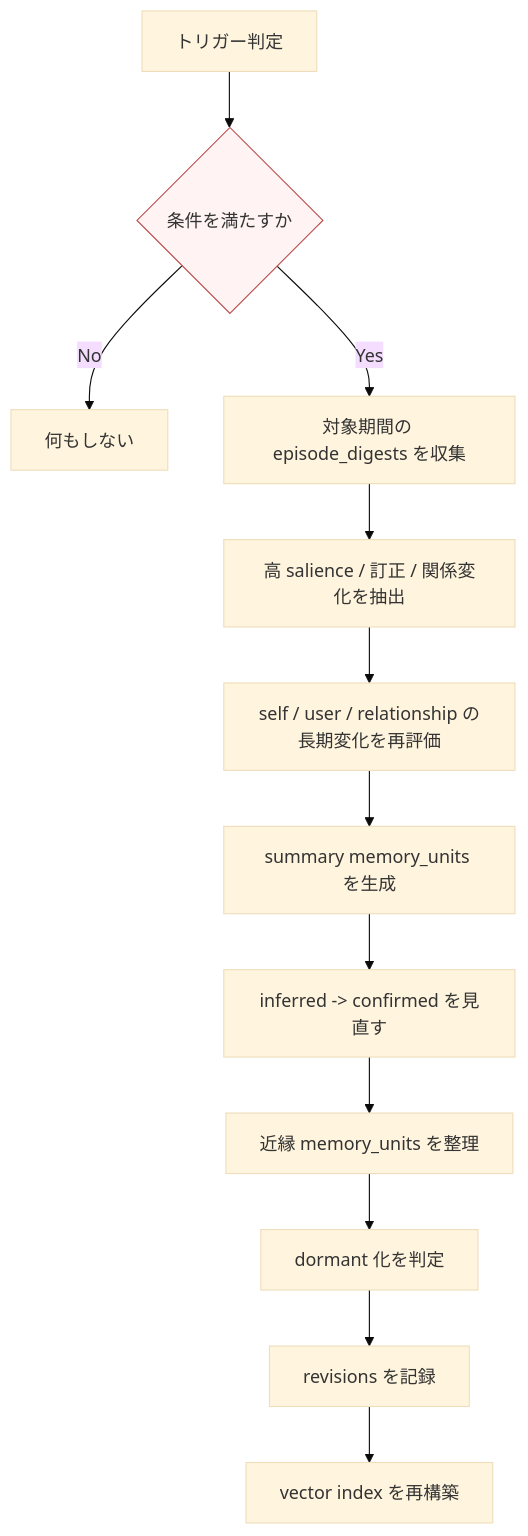
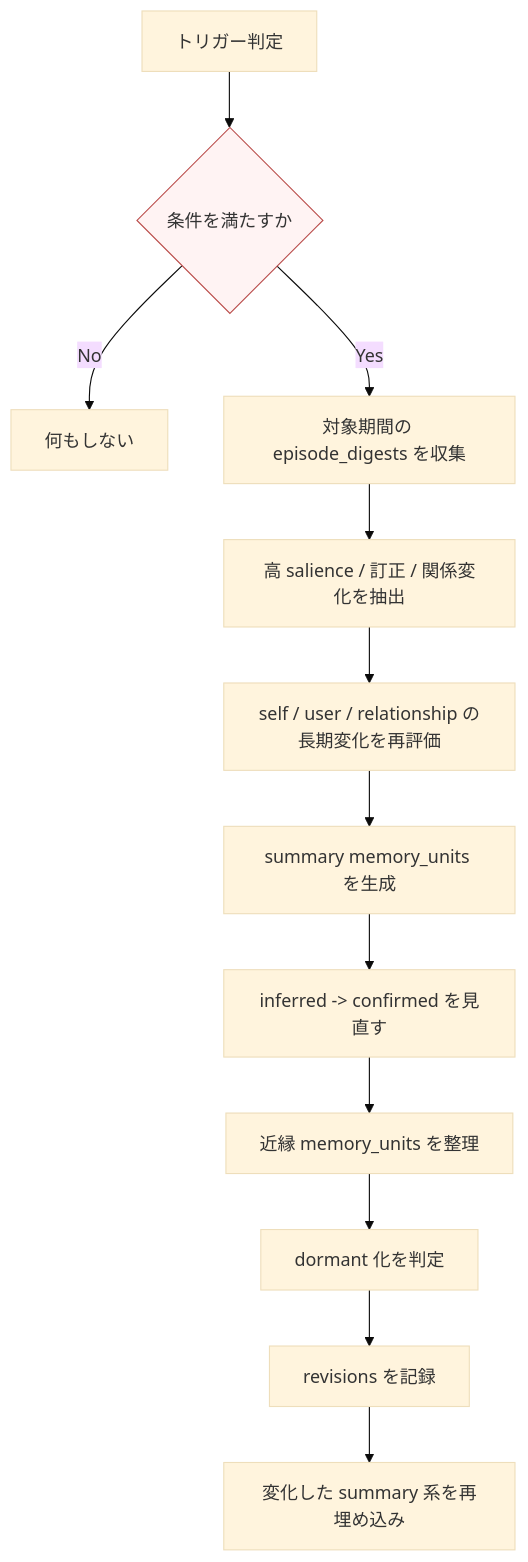
Before and after one commit to hirona98/OtomeKairo: the seventh of 10 diagrams in docs/reference/memory/02_想起と判断フロー図.md, drawn with Mermaid (base theme). The commit also changed other lines of this file and 4 other files, not shown here.

````diff
--- a/docs/reference/memory/02_想起と判断フロー図.md
+++ b/docs/reference/memory/02_想起と判断フロー図.md
@@ -363,18 +363,18 @@
 ```mermaid
 flowchart TD
     A[トリガー判定] --> B{条件を満たすか}
     B -->|No| Z[何もしない]
     B -->|Yes| C[対象期間の episode_digests を収集]
 
     C --> D[高 salience / 訂正 / 関係変化を抽出]
     D --> E[self / user / relationship の長期変化を再評価]
     E --> F[summary memory_units を生成]
     F --> G[inferred -> confirmed を見直す]
     G --> H[近縁 memory_units を整理]
     H --> I[dormant 化を判定]
     I --> J[revisions を記録]
-    J --> K[vector index を再構築]
+    J --> K[変化した summary 系を再埋め込み]
 
     B:::gate
     classDef gate fill:#fff3f3,stroke:#b94a48,stroke-width:1px;
 ```
````
